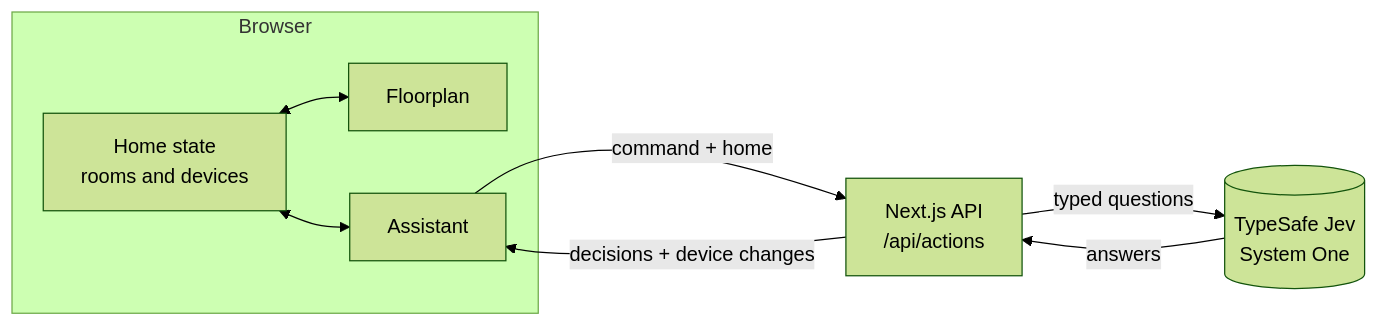
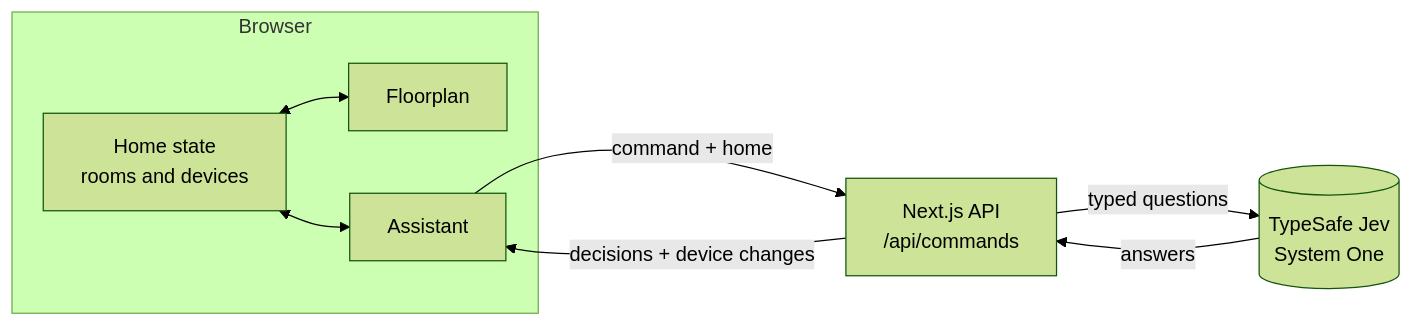
The diagram in README.md (Expeed-Software/smart-home-assistant), drawn with Mermaid (forest theme) before and after one commit. The commit also changed 8 other files, not shown here.

First line of the commit message:
refactor: Rename /api/actions route to /api/commands

````diff
--- a/README.md
+++ b/README.md
@@ -29,18 +29,18 @@
 ```mermaid
 flowchart LR
     subgraph Browser
         home["Home state<br/>rooms and devices"]
         floor[Floorplan]
         assistant[Assistant]
         home <--> floor
         home <--> assistant
     end
 
-    api["Next.js API<br/>/api/actions"]
+    api["Next.js API<br/>/api/commands"]
     jev[("TypeSafe Jev<br/>System One")]
 
     assistant -- "command + home" --> api
     api -- "typed questions" --> jev
     jev -- answers --> api
     api -- "decisions + device changes" --> assistant
 ```
````
